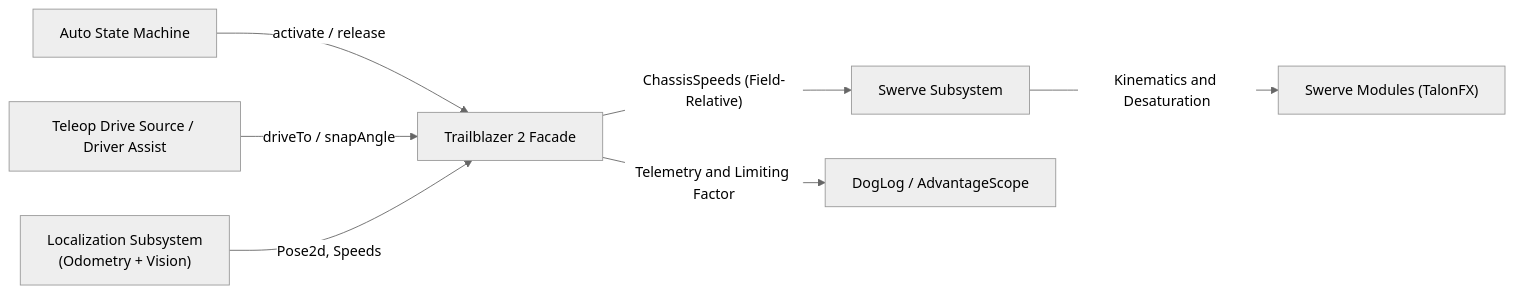
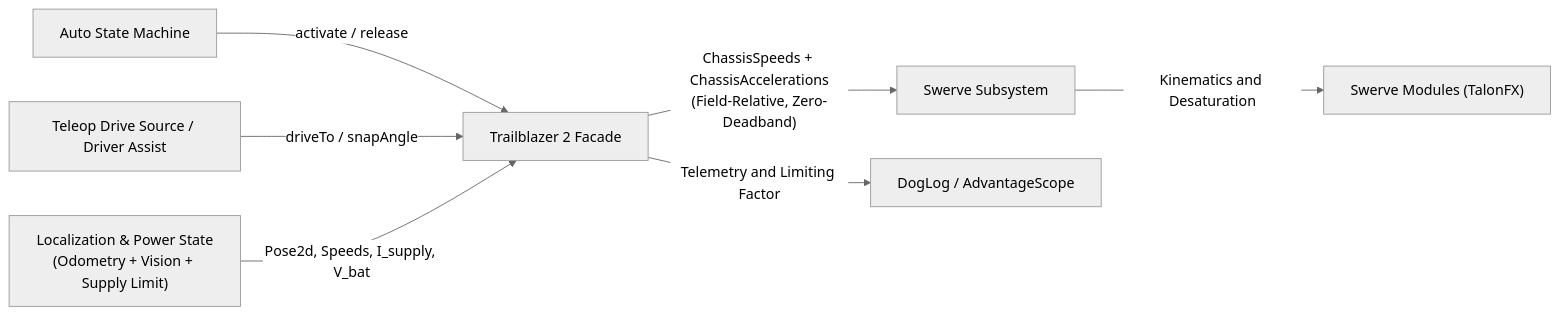
The second of 2 diagrams in shared/src/main/java/com/team581/trailblazer2/planning/README.md (team581/offseason-2026), drawn with Mermaid (neutral theme) before and after one commit. The commit also changed other lines of this file and 8 other files, not shown here.

````diff
--- a/shared/src/main/java/com/team581/trailblazer2/planning/README.md
+++ b/shared/src/main/java/com/team581/trailblazer2/planning/README.md
@@ -80,9 +82,9 @@
 ```mermaid
 flowchart LR
     AutoSM["Auto State Machine"] -->|"activate / release"| TB2["Trailblazer 2 Facade"]
     Teleop["Teleop Drive Source / Driver Assist"] -->|"driveTo / snapAngle"| TB2
-    Loc["Localization Subsystem<br/>(Odometry + Vision)"] -->|"Pose2d, Speeds"| TB2
-    TB2 -->|"ChassisSpeeds (Field-Relative)"| SwerveSub["Swerve Subsystem"]
+    Loc["Localization & Power State<br/>(Odometry + Vision + Supply Limit)"] -->|"Pose2d, Speeds, I_supply, V_bat"| TB2
+    TB2 -->|"ChassisSpeeds + ChassisAccelerations<br/>(Field-Relative, Zero-Deadband)"| SwerveSub["Swerve Subsystem"]
     SwerveSub -->|"Kinematics and Desaturation"| Modules["Swerve Modules (TalonFX)"]
     TB2 -->|"Telemetry and Limiting Factor"| DogLog["DogLog / AdvantageScope"]
 ```
````
